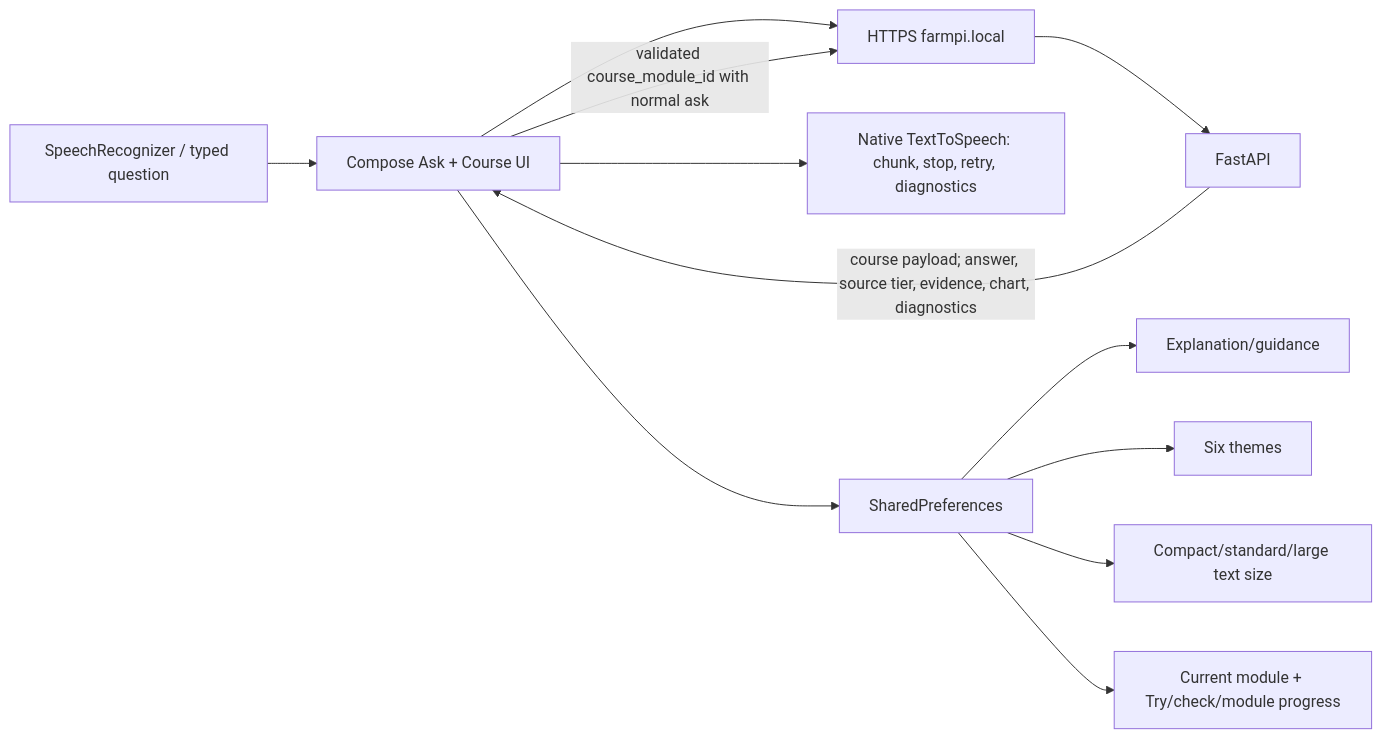
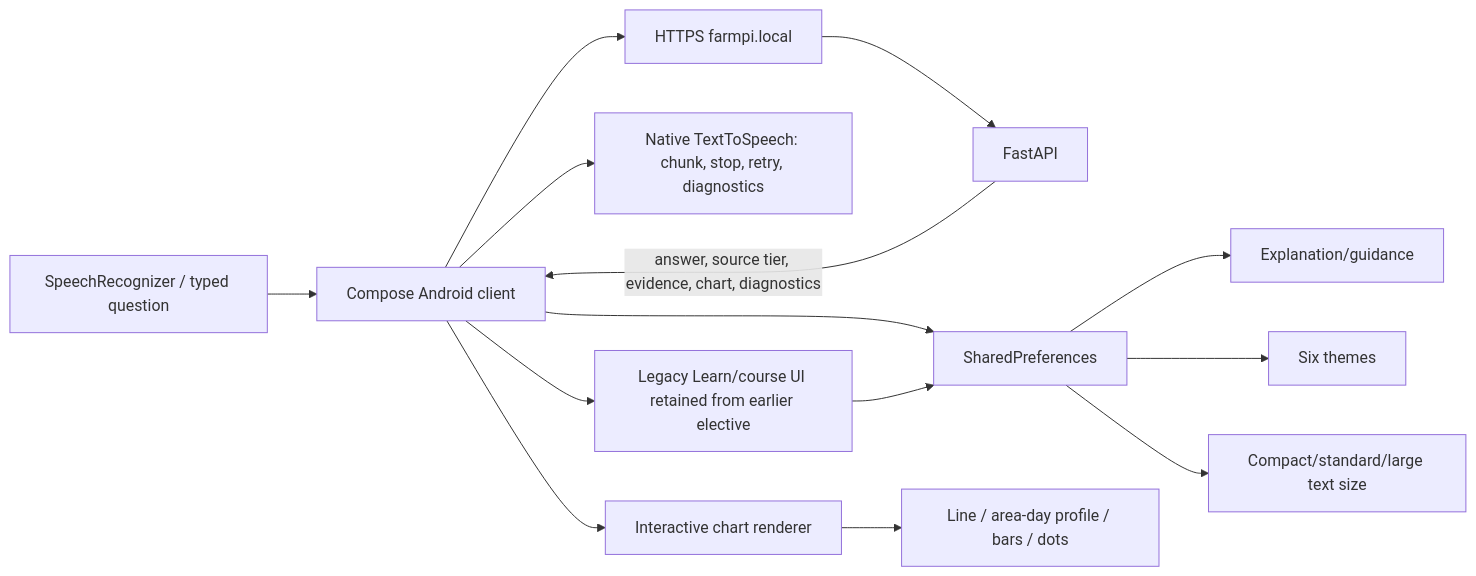
The diagram in docs/diagrams/android-architecture.mmd (w0rmy/farmpi), drawn with Mermaid before and after one commit.

Commit message:
Update Android architecture diagram for functional client

```diff
--- a/docs/diagrams/android-architecture.mmd
+++ b/docs/diagrams/android-architecture.mmd
@@ -1,12 +1,14 @@
 flowchart LR
-  V[SpeechRecognizer / typed question] --> U[Compose Ask + Course UI]
+  V[SpeechRecognizer / typed question] --> U[Compose Android client]
   U --> H[HTTPS farmpi.local]
   H --> F[FastAPI]
-  F -->|course payload; answer, source tier, evidence, chart, diagnostics| U
+  F -->|answer, source tier, evidence, chart, diagnostics| U
   U --> T[Native TextToSpeech: chunk, stop, retry, diagnostics]
   U --> P[SharedPreferences]
   P --> S[Explanation/guidance]
   P --> C[Six themes]
   P --> Z[Compact/standard/large text size]
-  P --> G[Current module + Try/check/module progress]
-  U -->|validated course_module_id with normal ask| H
+  U --> G[Interactive chart renderer]
+  G --> M[Line / area-day profile / bars / dots]
+  U --> L[Legacy Learn/course UI retained from earlier elective]
+  L --> P
```
